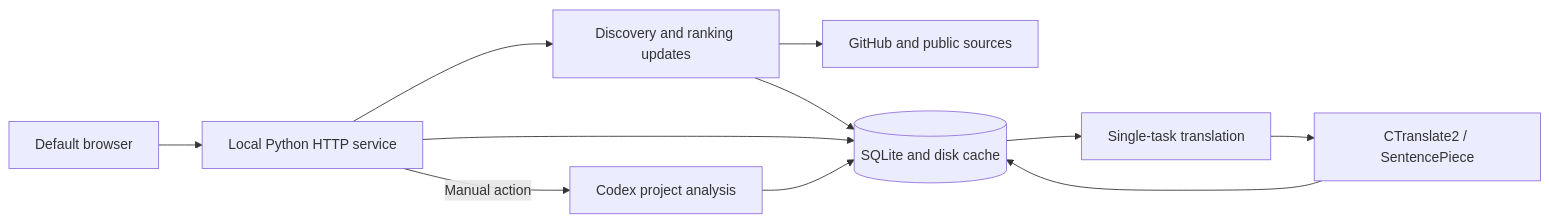
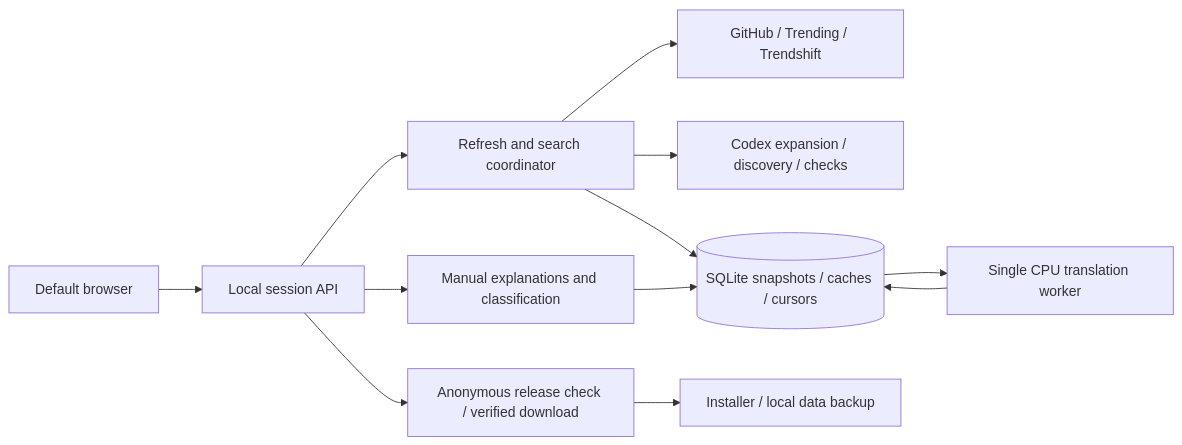
One commit to AetheriusLumina/StarTrail changed the diagram in README.en.md. Above: the diagram before and after it, drawn with Mermaid. The commit also changed other lines of this file and 59 other files, not shown here.

First line of the commit message:
feat: add automatic AI discovery, project classification and verified software updates

````diff
--- a/README.en.md
+++ b/README.en.md
@@ -229,13 +196,14 @@
 ```mermaid
 flowchart LR
-    Browser[Default browser] --> Local[Local Python HTTP service]
-    Local --> Update[Discovery and ranking updates]
-    Update --> GitHub[GitHub and public sources]
-    Local --> Store[(SQLite and disk cache)]
-    Update --> Store
-    Store --> Queue[Single-task translation]
-    Queue --> CPU[CTranslate2 / SentencePiece]
-    CPU --> Store
-    Local -->|Manual action| AI[Codex project analysis]
-    AI --> Store
+    Browser[Default browser] --> API[Local session API]
+    API --> Jobs[Refresh and search coordinator]
+    Jobs --> Sources[GitHub / Trending / Trendshift]
+    Jobs --> AI[Codex expansion / discovery / checks]
+    Jobs --> DB[(SQLite snapshots / caches / cursors)]
+    API --> Detail[Manual explanations and classification]
+    Detail --> DB
+    DB --> Translate[Single CPU translation worker]
+    Translate --> DB
+    API --> Release[Anonymous release check / verified download]
+    Release --> Installer[Installer / local data backup]
 ```
````
